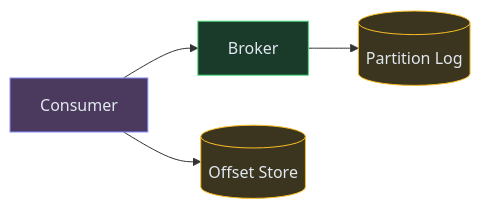
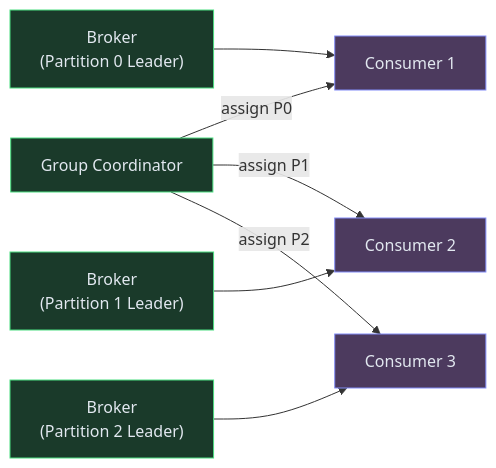
One commit to iluzn/HLD-Designs changed the third of 7 diagrams in content/hld/MessageQueue.md. Above: the diagram before and after it, drawn with Mermaid. The commit also changed other lines of this file and 26 other files, not shown here.

````diff
--- a/content/hld/MessageQueue.md
+++ b/content/hld/MessageQueue.md
@@ -118,15 +201,20 @@
 ```mermaid
 flowchart LR
-    BROKER["Broker"]:::service
-    LOG[("Partition Log")]:::data
-    CONS["Consumer"]:::client
-    OFFSETS[("Offset Store")]:::data
+    LEADER["Broker<br/>(Partition 0 Leader)"]:::service
+    LEADER2["Broker<br/>(Partition 1 Leader)"]:::service
+    LEADER3["Broker<br/>(Partition 2 Leader)"]:::service
+    C1["Consumer 1"]:::client
+    C2["Consumer 2"]:::client
+    C3["Consumer 3"]:::client
+    COORD["Group Coordinator"]:::service
 
-    CONS --> BROKER
-    BROKER --> LOG
-    CONS --> OFFSETS
+    COORD -->|"assign P0"| C1
+    COORD -->|"assign P1"| C2
+    COORD -->|"assign P2"| C3
+    LEADER --> C1
+    LEADER2 --> C2
+    LEADER3 --> C3
 
     classDef client fill:#4c3a5e,stroke:#818cf8,color:#e2e8f0
     classDef service fill:#1a3a2a,stroke:#4ade80,color:#e2e8f0
-    classDef data fill:#3b3520,stroke:#fbbf24,color:#e2e8f0
 ```
````
